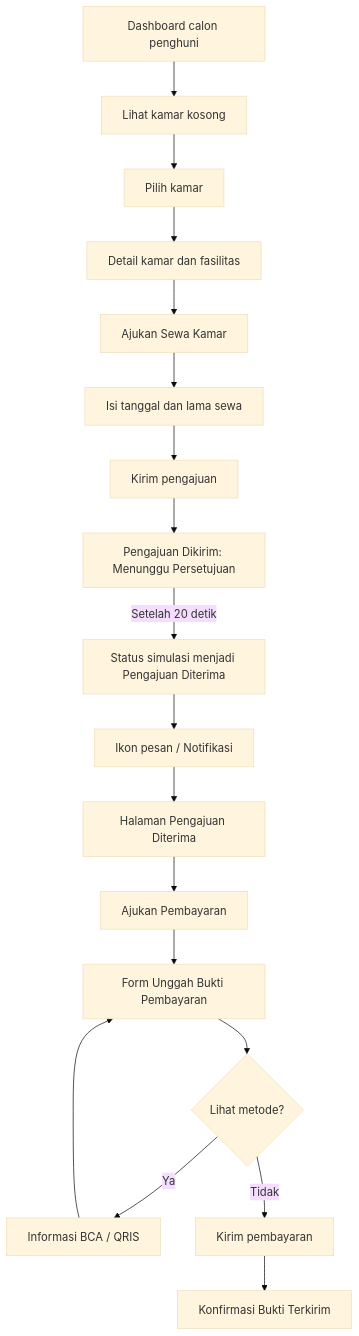
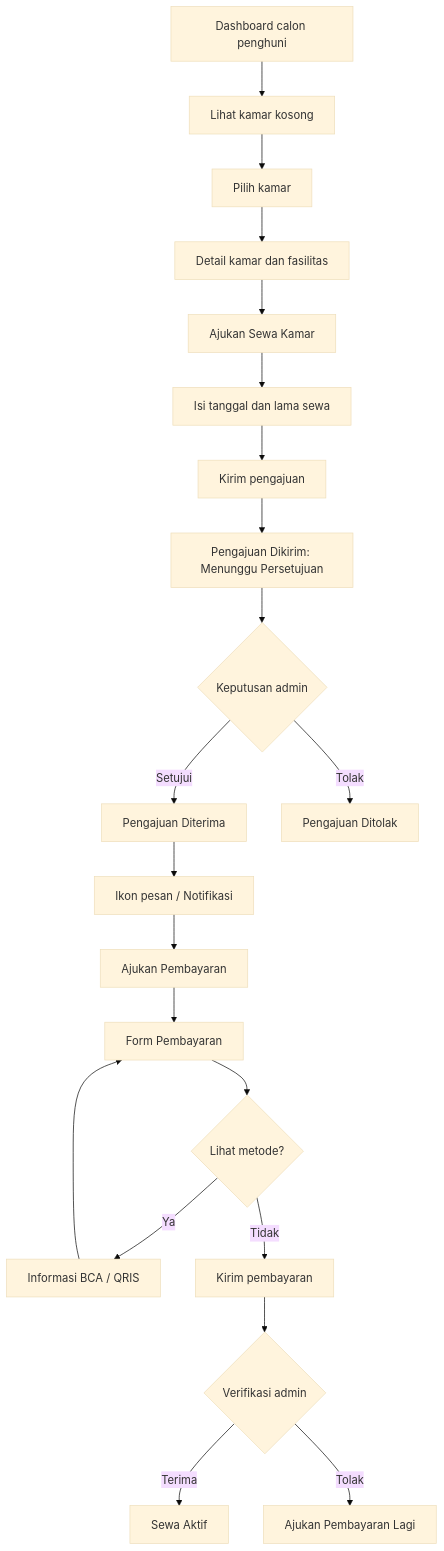
One commit to lorddanu/simkos_pbl changed the second of 2 diagrams in DOKUMENTASI_PENGEMBANGAN.md. Above: the diagram before and after it, drawn with Mermaid (base theme). The commit also changed other lines of this file and 14 other files, not shown here.

````diff
--- a/DOKUMENTASI_PENGEMBANGAN.md
+++ b/DOKUMENTASI_PENGEMBANGAN.md
@@ -58,20 +59,23 @@
 ```mermaid
 flowchart TD
     A[Dashboard calon penghuni] --> B[Lihat kamar kosong]
     B --> C[Pilih kamar]
     C --> D[Detail kamar dan fasilitas]
     D --> E[Ajukan Sewa Kamar]
     E --> F[Isi tanggal dan lama sewa]
     F --> G[Kirim pengajuan]
     G --> H[Pengajuan Dikirim: Menunggu Persetujuan]
-    H -->|Setelah 20 detik| I[Status simulasi menjadi Pengajuan Diterima]
-    I --> J[Ikon pesan / Notifikasi]
-    J --> K[Halaman Pengajuan Diterima]
+    H --> I{Keputusan admin}
+    I -->|Setujui| J[Pengajuan Diterima]
+    I -->|Tolak| X[Pengajuan Ditolak]
+    J --> K[Ikon pesan / Notifikasi]
     K --> L[Ajukan Pembayaran]
-    L --> M[Form Unggah Bukti Pembayaran]
+    L --> M[Form Pembayaran]
     M --> N{Lihat metode?}
     N -- Ya --> O[Informasi BCA / QRIS]
     O --> M
     N -- Tidak --> P[Kirim pembayaran]
-    P --> Q[Konfirmasi Bukti Terkirim]
+    P --> R{Verifikasi admin}
+    R -->|Terima| S[Sewa Aktif]
+    R -->|Tolak| T[Ajukan Pembayaran Lagi]
 ```
````
